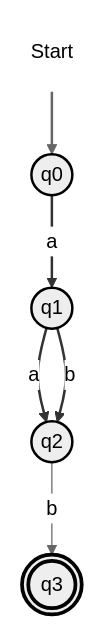
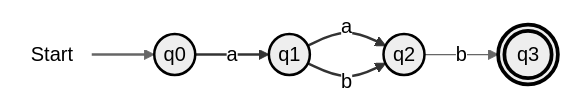
One commit to CS-Tiny-Compiler/a-tiny-compiler changed the diagram in docs/DFA.md. Above: the diagram before and after it, drawn with Mermaid (neutral theme).

Commit message:
update flowchart orientation

````diff
--- a/docs/DFA.md
+++ b/docs/DFA.md
@@ -5,15 +5,15 @@
 ```mermaid
-flowchart TD
+flowchart LR
   start(((Start))):::startNode --> q0(("q0")):::normal
   q0 --> |a| q1(("q1")):::normal
   q1 --> |a| q2(("q2")):::normal
   q1 --> |b| q2
   q2 --> |b| q3((("q3"))):::finalState
 
   classDef startNode fill:none,stroke:none;
   classDef normal stroke:#000,stroke-width:2px;
   classDef finalState stroke:#000,stroke-width:3px;
 
   linkStyle 0 stroke-width:2px;
   linkStyle 1,2,3 stroke:#333,stroke-width:2px,fill:none;
 ```
````
